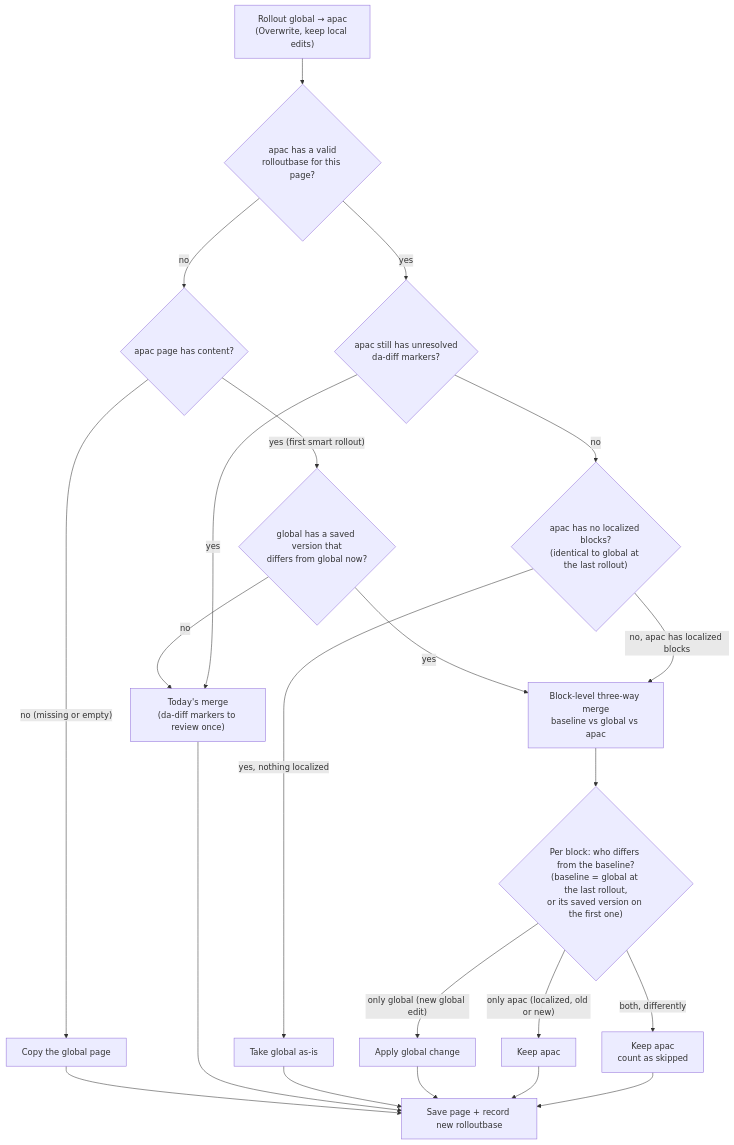
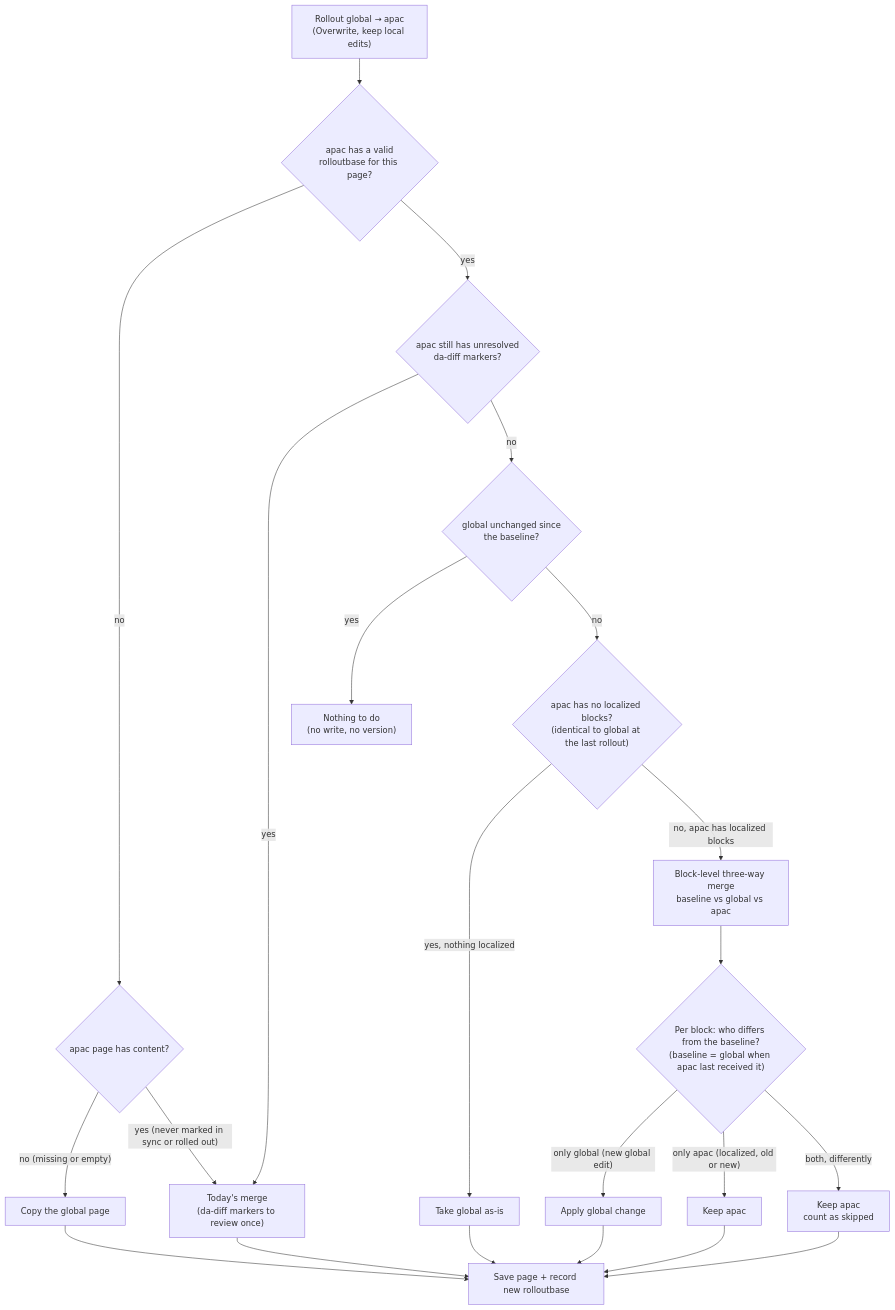
Before and after one commit to adobe/da-nx: the diagram in docs/rollout-smart-overwrite.md, drawn with Mermaid. The commit also changed other lines of this file and 18 other files, not shown here.

First line of the commit message:
feat(loc): mark in sync and baseline recording for smart-overwrite rollouts

````diff
--- a/docs/rollout-smart-overwrite.md
+++ b/docs/rollout-smart-overwrite.md
@@ -21,24 +26,24 @@
 ```mermaid
 flowchart TD
   start["Rollout global → apac<br/>(Overwrite, keep local edits)"] --> base{"apac has a valid<br/>rolloutbase for this page?"}
   base -- "no" --> exists{"apac page has content?"}
   exists -- "no (missing or empty)" --> copy["Copy the global page"]
-  exists -- "yes (first smart rollout)" --> parent{"global has a saved version that<br/>differs from global now?"}
-  parent -- "yes" --> diff3
-  parent -- "no" --> merge["Today's merge<br/>(da-diff markers to review once)"]
+  exists -- "yes (never marked in sync or rolled out)" --> merge["Today's merge<br/>(da-diff markers to review once)"]
   base -- "yes" --> pending{"apac still has unresolved<br/>da-diff markers?"}
   pending -- "yes" --> merge
-  pending -- "no" --> unchanged{"apac has no localized blocks?<br/>(identical to global at the last rollout)"}
+  pending -- "no" --> same{"global unchanged since<br/>the baseline?"}
+  same -- "yes" --> nothing["Nothing to do<br/>(no write, no version)"]
+  same -- "no" --> unchanged{"apac has no localized blocks?<br/>(identical to global at the last rollout)"}
   unchanged -- "yes, nothing localized" --> take["Take global as-is"]
   unchanged -- "no, apac has localized blocks" --> diff3["Block-level three-way merge<br/>baseline vs global vs apac"]
-  diff3 --> who{"Per block: who differs from the baseline?<br/>(baseline = global at the last rollout,<br/>or its saved version on the first one)"}
+  diff3 --> who{"Per block: who differs from the baseline?<br/>(baseline = global when apac last received it)"}
   who -- "only global (new global edit)" --> apply["Apply global change"]
   who -- "only apac (localized, old or new)" --> keep["Keep apac"]
   who -- "both, differently" --> skip["Keep apac<br/>count as skipped"]
   copy --> save["Save page + record new rolloutbase"]
   merge --> save
   take --> save
   apply --> save
   keep --> save
   skip --> save
 ```
````
